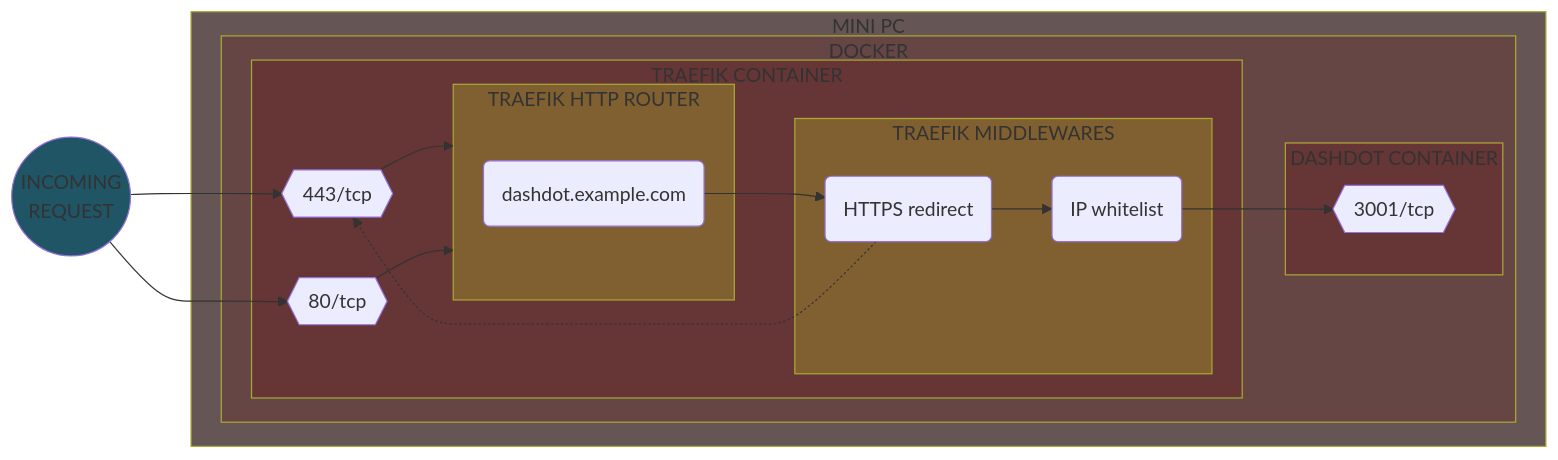
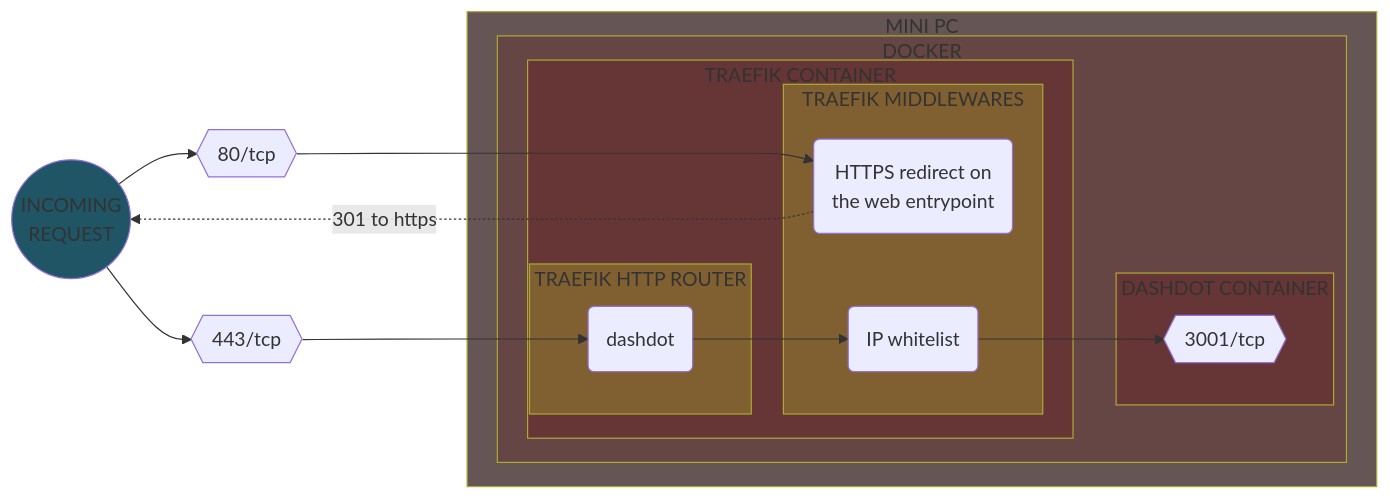
Before and after one commit to Yann39/self-hosted-n100: diagram 17 of 31 in README.md, drawn with Mermaid. The commit also changed other lines of this file, not shown here.

````diff
--- a/README.md
+++ b/README.md
@@ -4403,47 +4404,44 @@
 ```mermaid
 flowchart LR
     style INCOMING_REQUEST fill: #205566
     style TRAEFIK_CONTAINER fill: #663535
     style APP_CONTAINER fill: #663535
     style TRAEFIK_ROUTER fill: #806030
     style TRAEFIK_MIDDLEWARE fill: #806030
     style SERVER_DEVICE fill: #665555
     style CONTAINER_ENGINE fill: #664545
     DOCKER_TRAEFIK_PORT443{{443/tcp}}
     DOCKER_TRAEFIK_PORT80{{80/tcp}}
     DOCKER_APP_PORT{{3001/tcp}}
-    TRAEFIK_ROUTER_APP(dashdot.example.com)
-    TRAEFIK_MIDDLEWARE_REDIRECT(HTTPS redirect)
+    TRAEFIK_ROUTER_APP(dashdot)
+    TRAEFIK_MIDDLEWARE_REDIRECT(HTTPS redirect on<br>the web entrypoint)
     TRAEFIK_MIDDLEWARE_IP_WHITELIST(IP whitelist)
     INCOMING_REQUEST((INCOMING\nREQUEST))
-    INCOMING_REQUEST --> DOCKER_TRAEFIK_PORT443
-    INCOMING_REQUEST --> DOCKER_TRAEFIK_PORT80
 
     subgraph SERVER_DEVICE[MINI PC]
         subgraph CONTAINER_ENGINE[DOCKER]
             subgraph APP_CONTAINER[DASHDOT CONTAINER]
                 DOCKER_APP_PORT
             end
 
             subgraph TRAEFIK_CONTAINER[TRAEFIK CONTAINER]
-                DOCKER_TRAEFIK_PORT443 --> TRAEFIK_ROUTER
-                DOCKER_TRAEFIK_PORT80 --> TRAEFIK_ROUTER
-
                 subgraph TRAEFIK_ROUTER[TRAEFIK HTTP ROUTER]
                     TRAEFIK_ROUTER_APP
                 end
 
                 subgraph TRAEFIK_MIDDLEWARE[TRAEFIK MIDDLEWARES]
                     TRAEFIK_MIDDLEWARE_REDIRECT
                     TRAEFIK_MIDDLEWARE_IP_WHITELIST
                 end
-
-                TRAEFIK_MIDDLEWARE_REDIRECT --> TRAEFIK_MIDDLEWARE_IP_WHITELIST
-                TRAEFIK_MIDDLEWARE_REDIRECT -.-> DOCKER_TRAEFIK_PORT443
-                TRAEFIK_MIDDLEWARE_IP_WHITELIST --> DOCKER_APP_PORT
-                TRAEFIK_ROUTER_APP --> TRAEFIK_MIDDLEWARE_REDIRECT
             end
-
         end
     end
+
+    INCOMING_REQUEST --> DOCKER_TRAEFIK_PORT443
+    INCOMING_REQUEST --> DOCKER_TRAEFIK_PORT80
+    DOCKER_TRAEFIK_PORT80 ---> TRAEFIK_MIDDLEWARE_REDIRECT
+    TRAEFIK_MIDDLEWARE_REDIRECT -.->|301 to https| INCOMING_REQUEST
+    DOCKER_TRAEFIK_PORT443 --> TRAEFIK_ROUTER_APP
+    TRAEFIK_MIDDLEWARE_IP_WHITELIST --> DOCKER_APP_PORT
+    TRAEFIK_ROUTER_APP --> TRAEFIK_MIDDLEWARE_IP_WHITELIST
 ```
````
